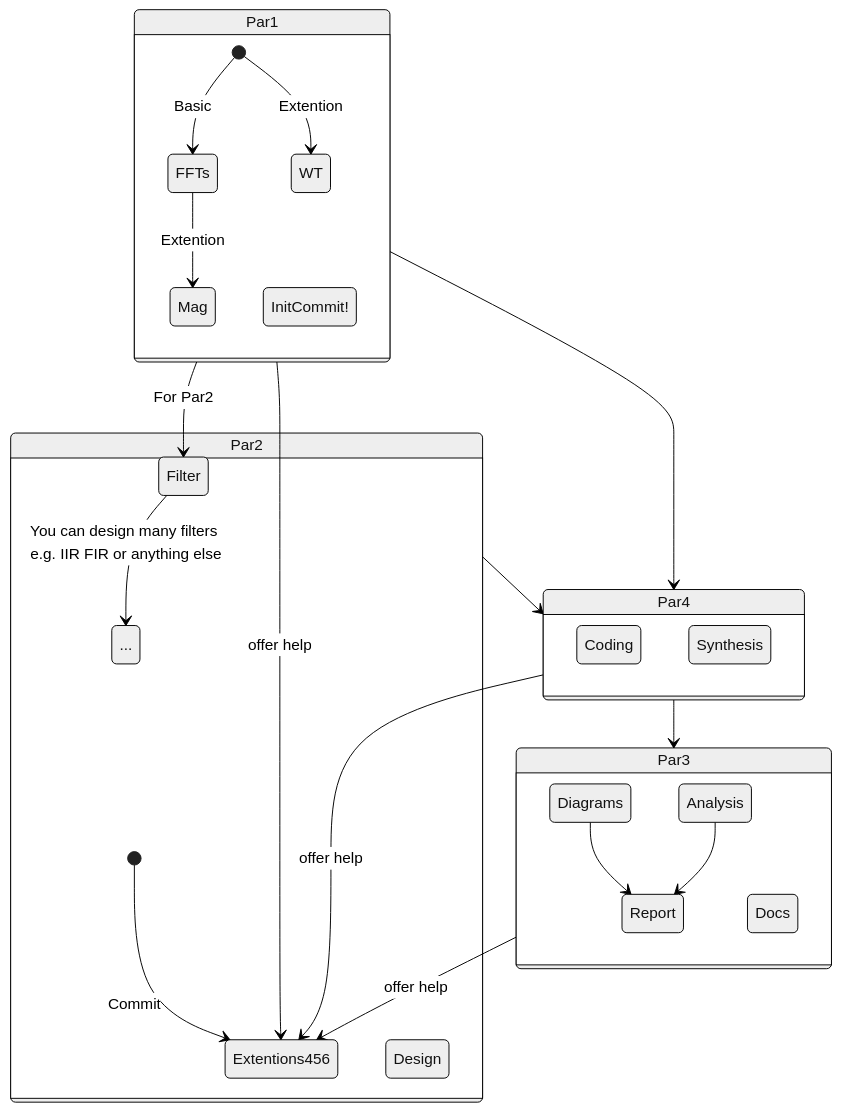
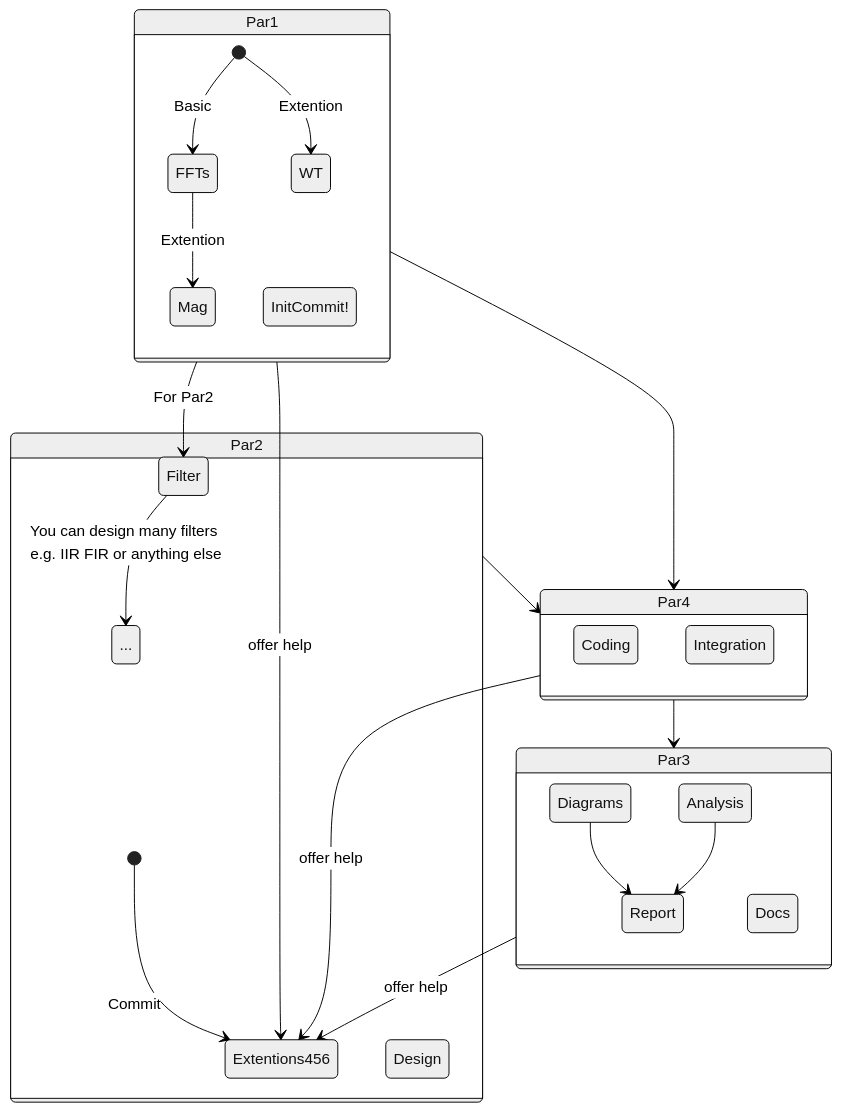
Before and after one commit to dashygo097/signal-course-design: the diagram in workflow.md, drawn with Mermaid (neutral theme).

Commit message:
更新 workflow.md

````diff
--- a/workflow.md
+++ b/workflow.md
@@ -5,37 +5,37 @@
 ```mermaid
 stateDiagram
     state Par1{
         [*] --> FFTs : Basic
         [*] --> WT : Extention
         FFTs --> Mag : Extention
         InitCommit!
         Analysis
     }
 
     Par1 --> Filter : For Par2
     Par1 --> Extentions456 : offer help
 
     state Par2{
         Filter --> ... : You can design many filters e.g. IIR FIR or anything else
         [*] --> Extentions456 : Commit
         Design
     }
 
     state Par3{
         Diagrams --> Report
         Analysis --> Report
         Docs
     }
 
     Par3 --> Extentions456 : offer help
     Par2 --> Par4
     Par1 --> Par4
 
     state Par4{
        Coding
-       Synthesis
+       Integration
     }
     Par4 --> Par3
     Par4 --> Extentions456 : offer help
 
 ```
````
